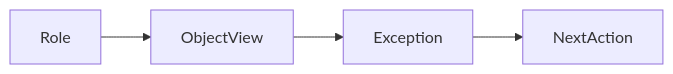
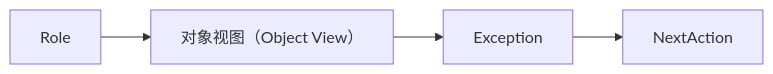
The diagram in days/Day-11.md (rexlin600/ontology_practice), drawn with Mermaid before and after one commit. The commit also changed other lines of this file, not shown here.

````diff
--- a/days/Day-11.md
+++ b/days/Day-11.md
@@ -16,7 +31,7 @@
 ```mermaid
 flowchart LR
-  Role["Role"] --> ObjectView["ObjectView"]
-  ObjectView["ObjectView"] --> Exception["Exception"]
+  Role["Role"] --> ObjectView["对象视图（Object View）"]
+  ObjectView["对象视图（Object View）"] --> Exception["Exception"]
   Exception["Exception"] --> NextAction["NextAction"]
 
 ```
````
